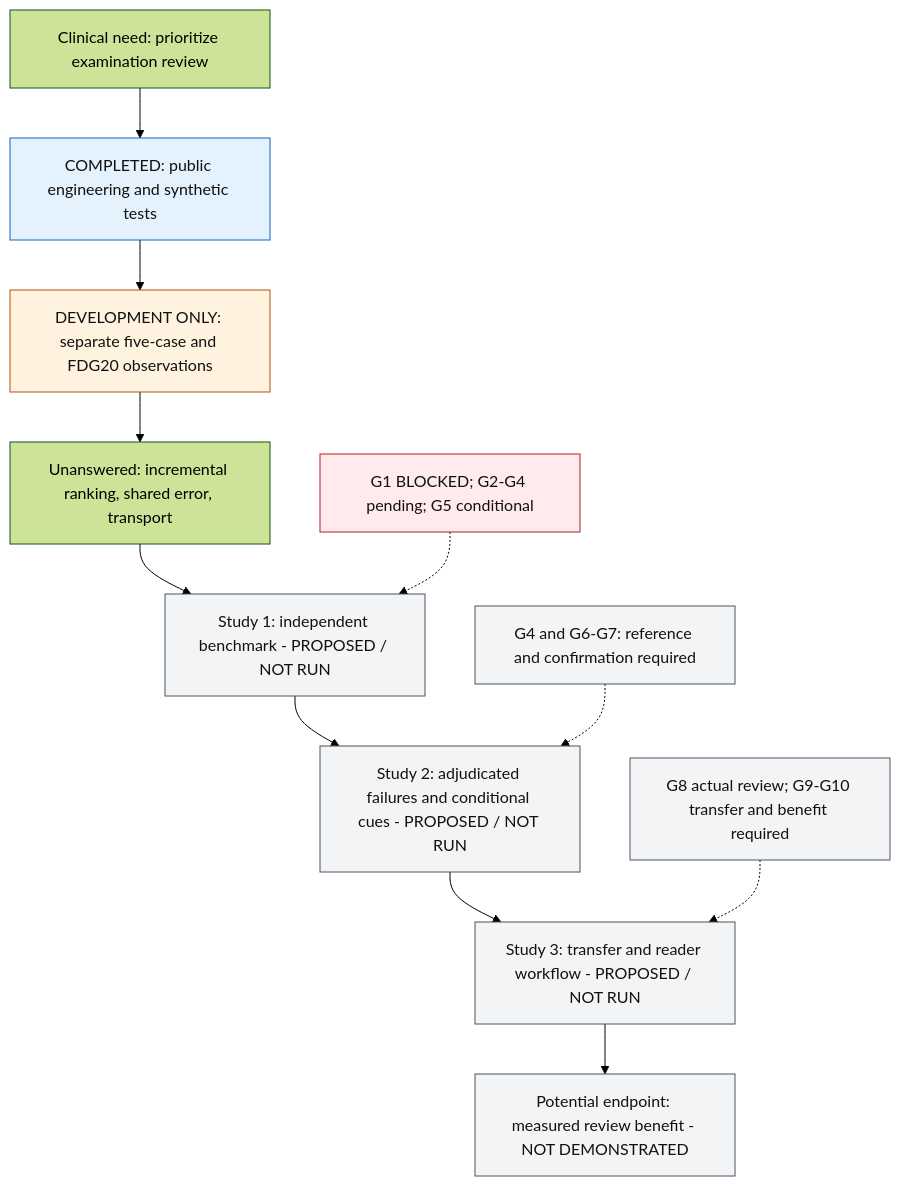
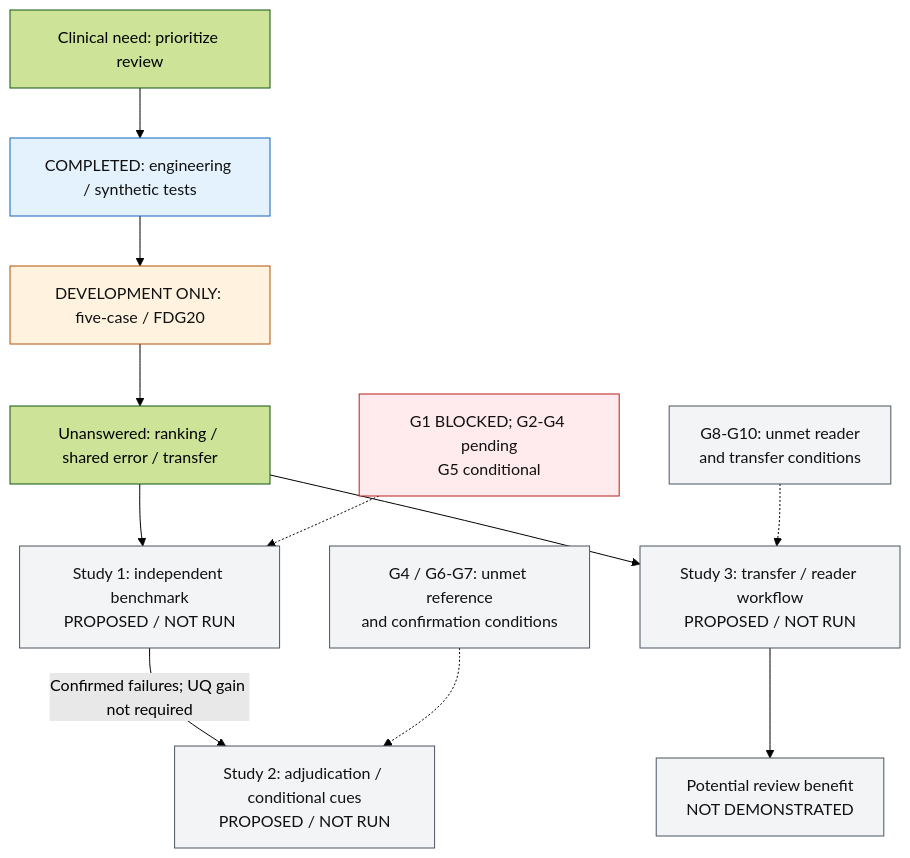
The diagram in docs/PHD_RESEARCH_FRAMEWORK.md (ddd08-right/PET-AI-Engineering), drawn with Mermaid (forest theme) before and after one commit. The commit also changed other lines of this file and 2 other files, not shown here.

Commit message:
Clarify conditional studies and verified prior-art overlap

````diff
--- a/docs/PHD_RESEARCH_FRAMEWORK.md
+++ b/docs/PHD_RESEARCH_FRAMEWORK.md
@@ -268,21 +280,21 @@
 ```mermaid
 flowchart TD
-    C["Clinical need: prioritize examination review"] --> A["COMPLETED: public engineering and synthetic tests"]
-    A --> B["DEVELOPMENT ONLY: separate five-case and FDG20 observations"]
-    B --> Q["Unanswered: incremental ranking, shared error, transport"]
-    Q --> S1["Study 1: independent benchmark - PROPOSED / NOT RUN"]
-    S1 --> S2["Study 2: adjudicated failures and conditional cues - PROPOSED / NOT RUN"]
-    S2 --> S3["Study 3: transfer and reader workflow - PROPOSED / NOT RUN"]
-    S3 --> P["Potential endpoint: measured review benefit - NOT DEMONSTRATED"]
-    G1["G1 BLOCKED; G2-G4 pending; G5 conditional"] -.-> S1
-    G2["G4 and G6-G7: reference and confirmation required"] -.-> S2
-    G3["G8 actual review; G9-G10 transfer and benefit required"] -.-> S3
+    C["Clinical need: prioritize review"] --> A["COMPLETED: engineering / synthetic tests"]
+    A --> B["DEVELOPMENT ONLY: five-case / FDG20"]
+    B --> Q["Unanswered: ranking / shared error / transfer"]
+    Q --> S1["Study 1: independent benchmark<br/>PROPOSED / NOT RUN"]
+    S1 -->|"Confirmed failures; UQ gain not required"| S2["Study 2: adjudication / conditional cues<br/>PROPOSED / NOT RUN"]
+    Q --> S3["Study 3: transfer / reader workflow<br/>PROPOSED / NOT RUN"]
+    S3 --> P["Potential review benefit<br/>NOT DEMONSTRATED"]
+    G1["G1 BLOCKED; G2-G4 pending<br/>G5 conditional"] -.-> S1
+    G2["G4 / G6-G7: unmet reference<br/>and confirmation conditions"] -.-> S2
+    G3["G8-G10: unmet reader<br/>and transfer conditions"] -.-> S3
     classDef engineering fill:#e3f2fd,stroke:#1565c0,color:#111;
     classDef development fill:#fff3e0,stroke:#b45309,color:#111;
     classDef blocked fill:#ffebee,stroke:#b91c1c,color:#111;
     classDef proposed fill:#f3f4f6,stroke:#4b5563,color:#111;
     class A engineering;
     class B development;
     class G1 blocked;
     class S1,S2,S3,P,G2,G3 proposed;
 ```
````
